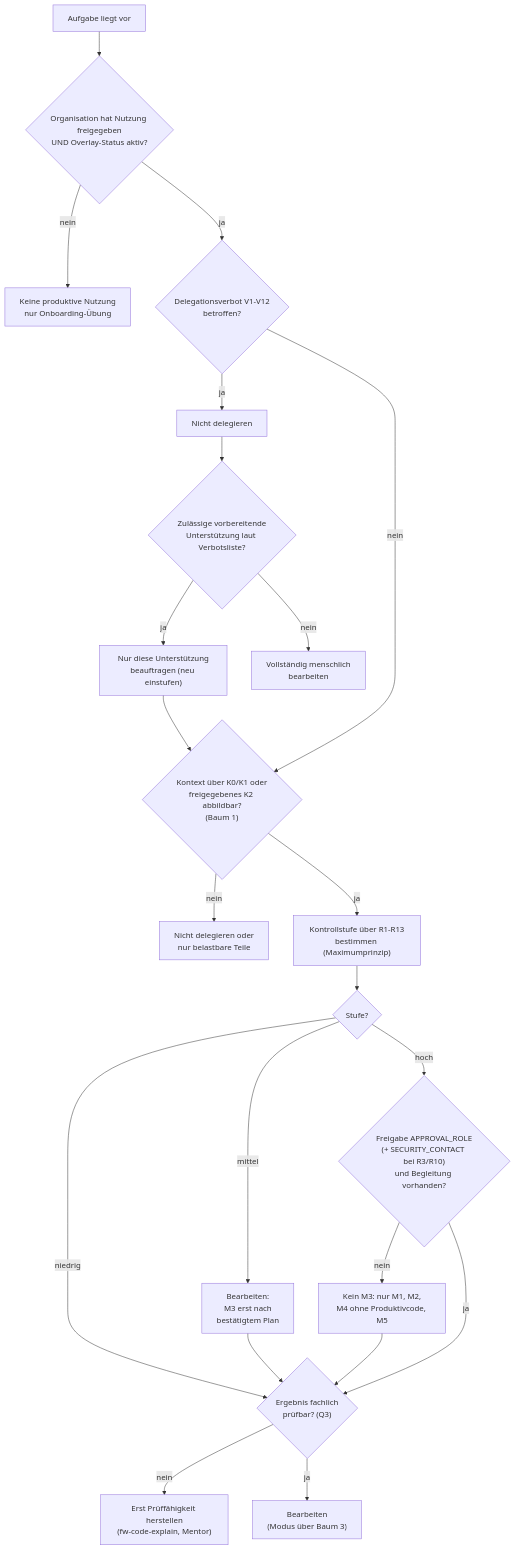
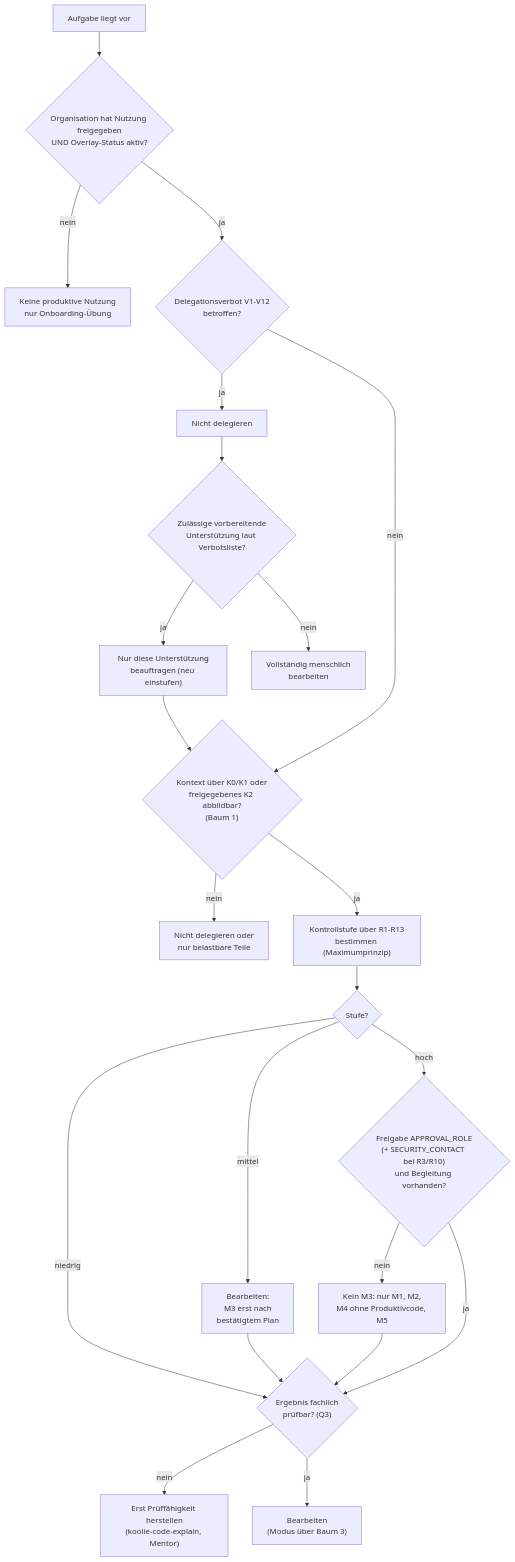
The diagram in .koolie/core/decision-trees/02-may-ai-do-task.md (Renoxar/koolie), drawn with Mermaid before and after one commit. The commit also changed other lines of this file and 273 other files, not shown here.

````diff
--- a/.koolie/core/decision-trees/02-may-ai-do-task.md
+++ b/.koolie/core/decision-trees/02-may-ai-do-task.md
@@ -23,20 +23,20 @@
 ```mermaid
 flowchart TD
     A["Aufgabe liegt vor"] --> B{"Organisation hat Nutzung freigegeben<br/>UND Overlay-Status aktiv?"}
     B -- "nein" --> X1["Keine produktive Nutzung<br/>nur Onboarding-Übung"]
     B -- "ja" --> C{"Delegationsverbot V1-V12<br/>betroffen?"}
     C -- "ja" --> X2["Nicht delegieren"] --> C2{"Zulässige vorbereitende<br/>Unterstützung laut Verbotsliste?"}
     C2 -- "ja" --> C3["Nur diese Unterstützung<br/>beauftragen (neu einstufen)"] --> D
     C2 -- "nein" --> X3["Vollständig menschlich<br/>bearbeiten"]
     C -- "nein" --> D{"Kontext über K0/K1 oder<br/>freigegebenes K2 abbildbar?<br/>(Baum 1)"}
     D -- "nein" --> X4["Nicht delegieren oder<br/>nur belastbare Teile"]
     D -- "ja" --> E["Kontrollstufe über R1-R13<br/>bestimmen (Maximumprinzip)"]
     E --> F{"Stufe?"}
     F -- "niedrig" --> G{"Ergebnis fachlich<br/>prüfbar? (Q3)"}
     F -- "mittel" --> H["Bearbeiten:<br/>M3 erst nach<br/>bestätigtem Plan"] --> G
     F -- "hoch" --> I{"Freigabe APPROVAL_ROLE<br/>(+ SECURITY_CONTACT bei R3/R10)<br/>und Begleitung vorhanden?"}
     I -- "nein" --> J["Kein M3: nur M1, M2,<br/>M4 ohne Produktivcode, M5"] --> G
     I -- "ja" --> G
-    G -- "nein" --> K["Erst Prüffähigkeit herstellen<br/>(fw-code-explain, Mentor)"]
+    G -- "nein" --> K["Erst Prüffähigkeit herstellen<br/>(koolie-code-explain, Mentor)"]
     G -- "ja" --> OK["Bearbeiten<br/>(Modus über Baum 3)"]
 ```
````
